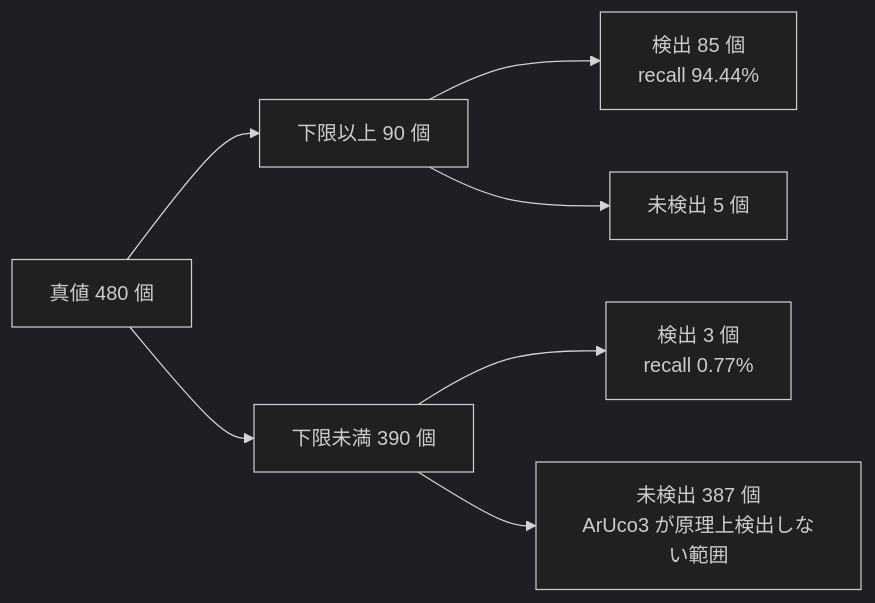
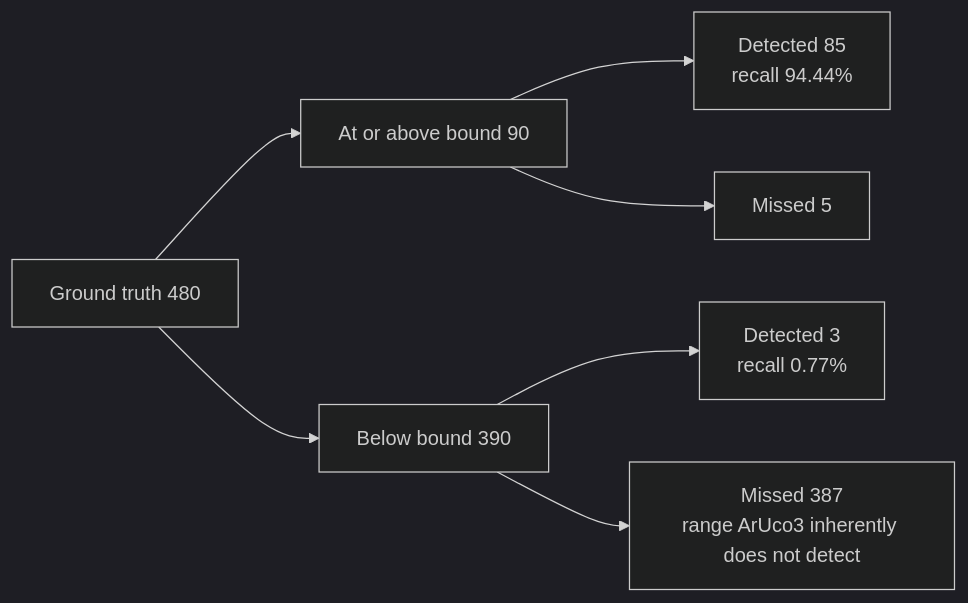
The diagram in docs/accuracy-report.md (MasakazuTobeta/ArUco3-CUDA), drawn with Mermaid (dark theme) before and after one commit. The commit also changed other lines of this file and 187 other files, not shown here.

````diff
--- a/docs/accuracy-report.md
+++ b/docs/accuracy-report.md
@@ -51,9 +51,9 @@
 ```mermaid
 flowchart LR
-    A["真値 480 個"] --> B["下限以上 90 個"]
-    A --> C["下限未満 390 個"]
-    B --> B1["検出 85 個<br/>recall 94.44%"]
-    B --> B2["未検出 5 個"]
-    C --> C1["検出 3 個<br/>recall 0.77%"]
-    C --> C2["未検出 387 個<br/>ArUco3 が原理上検出しない範囲"]
+    A["Ground truth 480"] --> B["At or above bound 90"]
+    A --> C["Below bound 390"]
+    B --> B1["Detected 85<br/>recall 94.44%"]
+    B --> B2["Missed 5"]
+    C --> C1["Detected 3<br/>recall 0.77%"]
+    C --> C2["Missed 387<br/>range ArUco3 inherently does not detect"]
 ```
````
